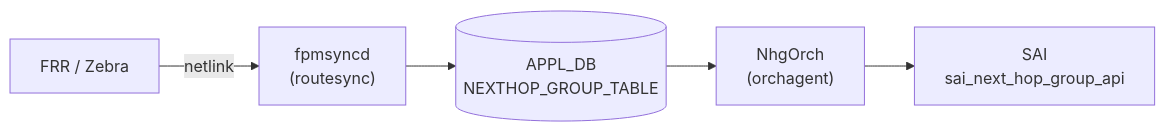
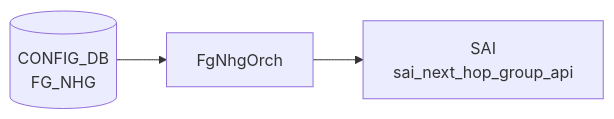
Before and after one commit to aoki-taquan/sonic-unofficial-docs: the diagram in docs/reference/config-db/nhg.md, drawn with Mermaid. The commit also changed other lines of this file and 359 other files, not shown here.

````diff
--- a/docs/reference/config-db/nhg.md
+++ b/docs/reference/config-db/nhg.md
@@ -37,12 +37,8 @@
 ```mermaid
 flowchart LR
-  FRR["FRR / Zebra"]
-  FS["fpmsyncd\n(routesync)"]
-  ADB[("APPL_DB\nNEXTHOP_GROUP_TABLE")]
-  NH["NhgOrch\n(orchagent)"]
-  SAI["SAI\nsai_next_hop_group_api"]
-  FRR -->|netlink| FS
-  FS --> ADB
-  ADB --> NH
-  NH --> SAI
+  CDB[("CONFIG_DB<br/>FG_NHG")]
+  DM["FgNhgOrch"]
+  CDB --> DM
+  SAI["SAI<br/>sai_next_hop_group_api"]
+  DM --> SAI
 ```
````
